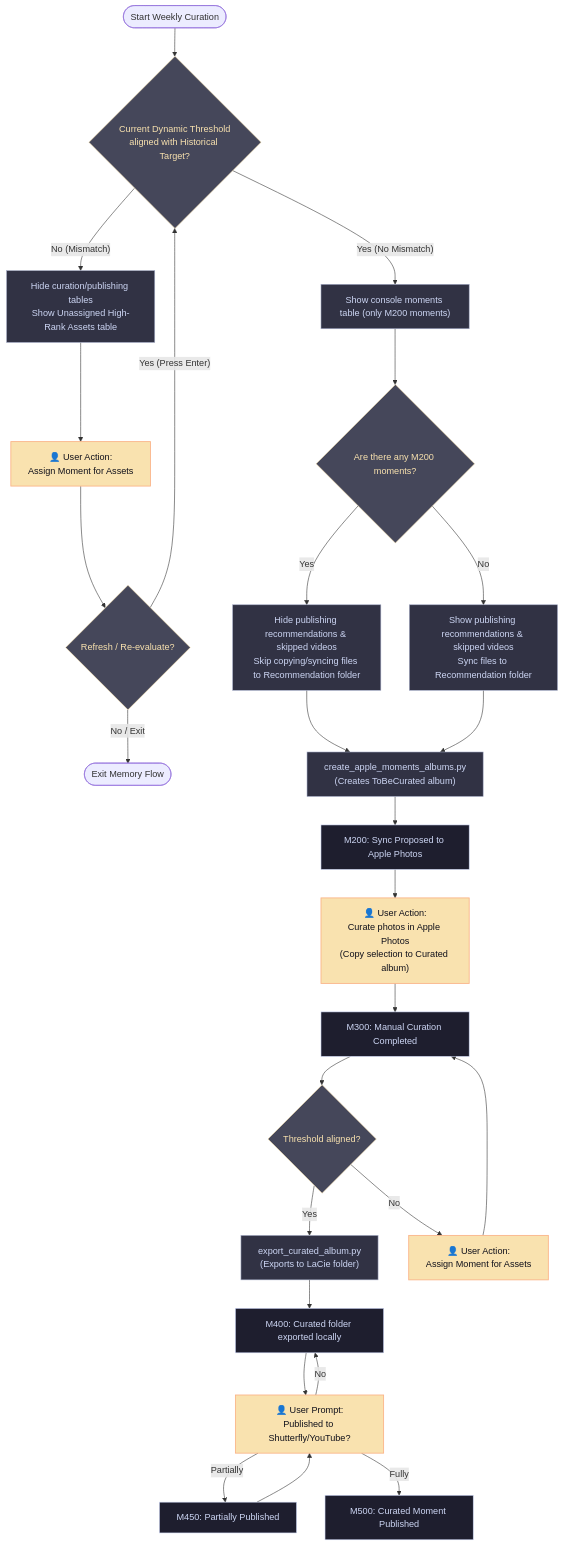
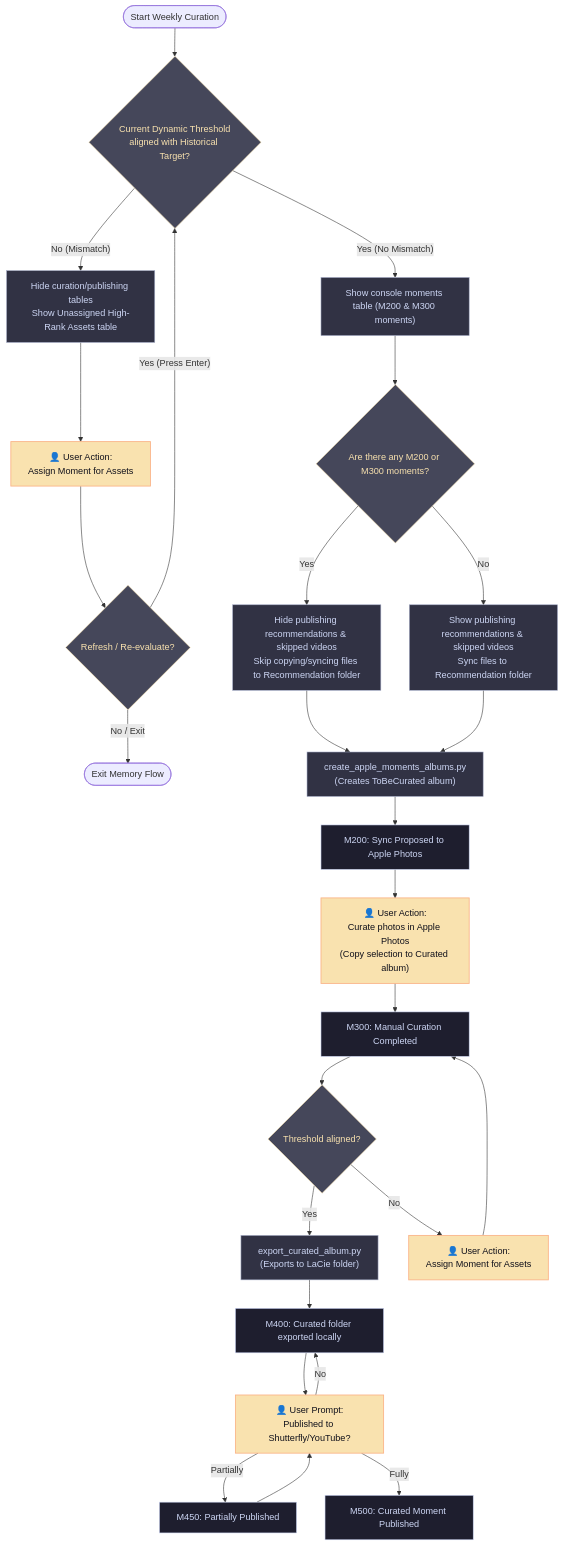
One commit to nickolaycohen/media-organizer-pipeline changed the second of 2 diagrams in docs/pipeline_architecture.md. Above: the diagram before and after it, drawn with Mermaid. The commit also changed 8 other files, not shown here.

````diff
--- a/docs/pipeline_architecture.md
+++ b/docs/pipeline_architecture.md
@@ -81,40 +81,40 @@
 ```mermaid
 flowchart TD
     classDef state fill:#1e1e2e,stroke:#cdd6f4,stroke-width:1px,color:#cdd6f4;
     classDef action fill:#313244,stroke:#a6adc8,stroke-width:1px,color:#cdd6f4;
     classDef prompt fill:#f9e2af,stroke:#fab387,stroke-width:1.5px,color:#11111b;
     classDef decision fill:#45475a,stroke:#f9e2af,stroke-width:1px,color:#f9e2af;
     
     Start([Start Weekly Curation]) --> Dec_Threshold{"Current Dynamic Threshold<br/>aligned with Historical Target?"}:::decision
     
-    Dec_Threshold -- "Yes (No Mismatch)" --> T2_ShowMoments["Show console moments table (only M200 moments)"]:::action
+    Dec_Threshold -- "Yes (No Mismatch)" --> T2_ShowMoments["Show console moments table (M200 & M300 moments)"]:::action
     Dec_Threshold -- "No (Mismatch)" --> T2_Limited["Hide curation/publishing tables<br/>Show Unassigned High-Rank Assets table"]:::action
     
     T2_Limited --> Act_Assign_Moments["👤 User Action:<br/>Assign Moment for Assets"]:::prompt
     Act_Assign_Moments --> Prompt_Refresh{"Refresh / Re-evaluate?"}:::decision
     Prompt_Refresh -- "Yes (Press Enter)" --> Dec_Threshold
     Prompt_Refresh -- "No / Exit" --> Exit_Flow([Exit Memory Flow])
     
-    T2_ShowMoments --> Dec_M200_Exists{"Are there any M200 moments?"}:::decision
+    T2_ShowMoments --> Dec_M200_Exists{"Are there any M200 or M300 moments?"}:::decision
     Dec_M200_Exists -- "Yes" --> T2_HidePublishing["Hide publishing recommendations & skipped videos<br/>Skip copying/syncing files to Recommendation folder"]:::action
     Dec_M200_Exists -- "No" --> T2_ShowPublishing["Show publishing recommendations & skipped videos<br/>Sync files to Recommendation folder"]:::action
     
     T2_HidePublishing --> Act_Sync["create_apple_moments_albums.py<br/>(Creates ToBeCurated album)"]:::action
     T2_ShowPublishing --> Act_Sync
     
     Act_Sync --> T2_M200["M200: Sync Proposed to Apple Photos"]:::state
     T2_M200 --> Act_Manual["👤 User Action:<br/>Curate photos in Apple Photos<br/>(Copy selection to Curated album)"]:::prompt
     Act_Manual --> T2_M300["M300: Manual Curation Completed"]:::state
     
     T2_M300 --> Dec_Threshold_Curated{"Threshold aligned?"}:::decision
     Dec_Threshold_Curated -- "Yes" --> Act_Export["export_curated_album.py<br/>(Exports to LaCie folder)"]:::action
     Dec_Threshold_Curated -- "No" --> Act_Assign_Moments_Curated["👤 User Action:<br/>Assign Moment for Assets"]:::prompt
     Act_Assign_Moments_Curated --> T2_M300
     
     Act_Export --> T2_M400["M400: Curated folder exported locally"]:::state
     T2_M400 --> Prompt_Publish["👤 User Prompt:<br/>Published to Shutterfly/YouTube?"]:::prompt
     Prompt_Publish -- "Partially" --> T2_M450["M450: Partially Published"]:::state
     Prompt_Publish -- "Fully" --> T2_M500["M500: Curated Moment Published"]:::state
     T2_M450 --> Prompt_Publish
     Prompt_Publish -- "No" --> T2_M400
 ```
````
